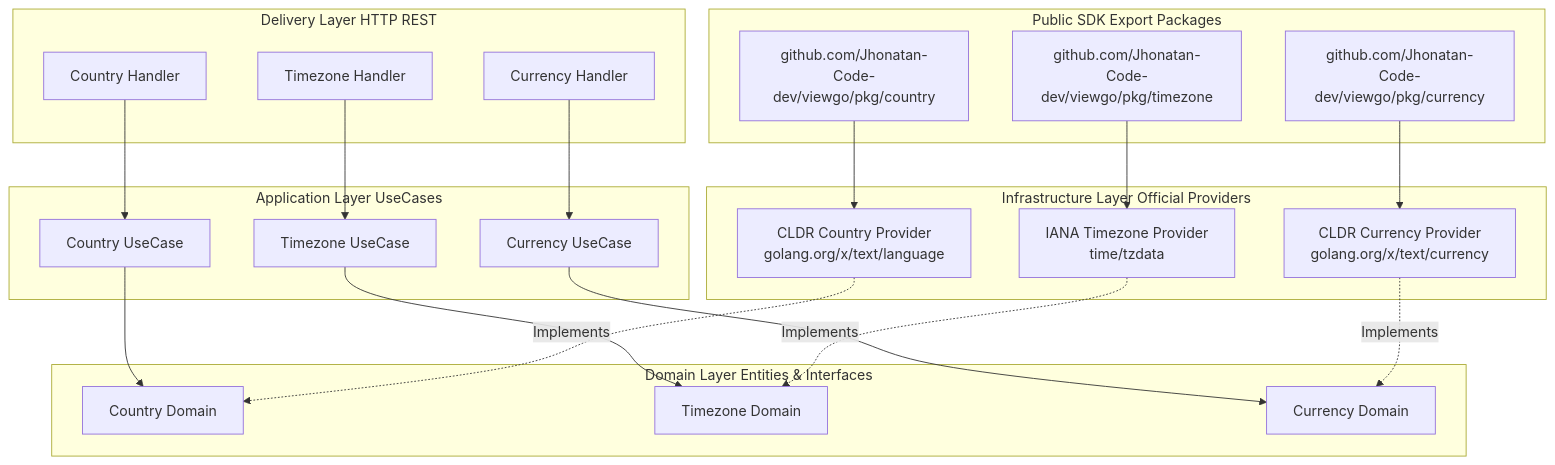
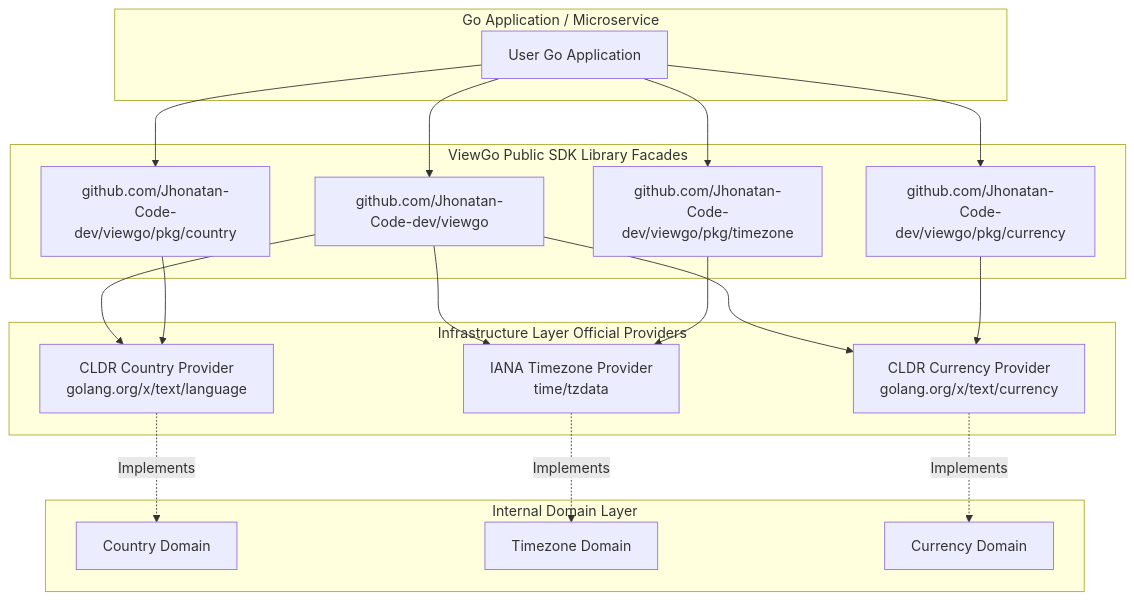
Before and after one commit to Jhonatan-Code-dev/viewgo: the diagram in README.md, drawn with Mermaid. The commit also changed other lines of this file and 12 other files, not shown here.

Commit message:
feat: add IANA timezone, CLDR country/currency infrastructure providers, core viewgo library, and agent governance rules

````diff
--- a/README.md
+++ b/README.md
@@ -125,48 +139,42 @@
 ```mermaid
 graph TD
-    subgraph Public SDK Export Packages
+    subgraph Go Application / Microservice
+        APP[User Go Application]
+    end
+
+    subgraph ViewGo Public SDK Library Facades
+        ROOT["github.com/Jhonatan-Code-dev/viewgo"]
         SDK_C["github.com/Jhonatan-Code-dev/viewgo/pkg/country"]
         SDK_T["github.com/Jhonatan-Code-dev/viewgo/pkg/timezone"]
         SDK_R["github.com/Jhonatan-Code-dev/viewgo/pkg/currency"]
     end
 
-    subgraph Delivery Layer HTTP REST
-        HTTP_C[Country Handler]
-        HTTP_T[Timezone Handler]
-        HTTP_R[Currency Handler]
-    end
-
-    subgraph Application Layer UseCases
-        UC_C[Country UseCase]
-        UC_T[Timezone UseCase]
-        UC_R[Currency UseCase]
-    end
-
-    subgraph Domain Layer Entities & Interfaces
+    subgraph Internal Domain Layer
         D_C[Country Domain]
         D_T[Timezone Domain]
         D_R[Currency Domain]
     end
 
     subgraph Infrastructure Layer Official Providers
         INF_C[CLDR Country Provider<br/>golang.org/x/text/language]
         INF_T[IANA Timezone Provider<br/>time/tzdata]
         INF_R[CLDR Currency Provider<br/>golang.org/x/text/currency]
     end
 
+    APP --> ROOT
+    APP --> SDK_C
+    APP --> SDK_T
+    APP --> SDK_R
+
+    ROOT --> INF_C
+    ROOT --> INF_T
+    ROOT --> INF_R
+
     SDK_C --> INF_C
     SDK_T --> INF_T
     SDK_R --> INF_R
-
-    HTTP_C --> UC_C
-    HTTP_T --> UC_T
-    HTTP_R --> UC_R
-
-    UC_C --> D_C
-    UC_T --> D_T
-    UC_R --> D_R
 
     INF_C -. Implements .-> D_C
     INF_T -. Implements .-> D_T
     INF_R -. Implements .-> D_R
 ```
````
